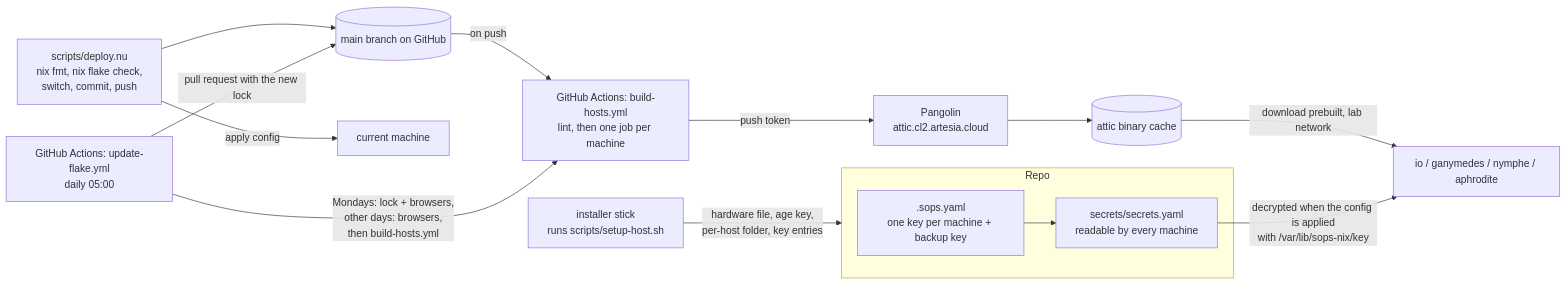
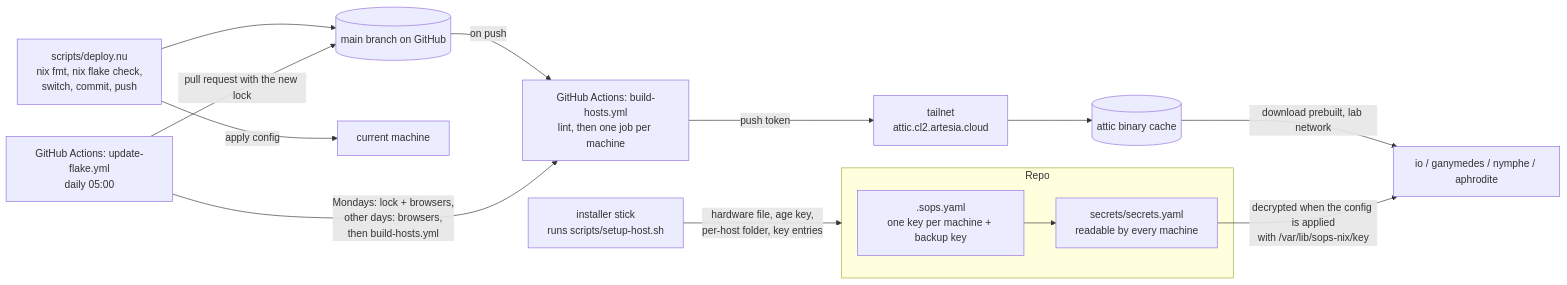
Before and after one commit to 68656c6c/celestial: the second of 2 diagrams in docs/structure.md, drawn with Mermaid. The commit also changed other lines of this file and 3 other files, not shown here.

Commit message:
ci: runner reaches attic over the tailnet instead of pangolin, hosts built in parallel again

````diff
--- a/docs/structure.md
+++ b/docs/structure.md
@@ -97,22 +97,22 @@
 ```mermaid
 flowchart LR
     subgraph repo["Repo"]
         sopscfg[".sops.yaml<br/>one key per machine + backup key"]
         secrets["secrets/secrets.yaml<br/>readable by every machine"]
         sopscfg --> secrets
     end
 
     setup["installer stick<br/>runs scripts/setup-host.sh"] -->|"hardware file, age key,<br/>per-host folder, key entries"| repo
 
     deploy["scripts/deploy.nu<br/>nix fmt, nix flake check,<br/>switch, commit, push"] --> main[("main branch on GitHub")]
     deploy -->|"apply config"| local["current machine"]
 
     main -->|"on push"| ci["GitHub Actions: build-hosts.yml<br/>lint, then one job per machine"]
-    ci -->|"push token"| pangolin["Pangolin<br/>attic.cl2.artesia.cloud"]
+    ci -->|"push token"| pangolin["tailnet<br/>attic.cl2.artesia.cloud"]
     pangolin --> attic[("attic binary cache")]
     upd["GitHub Actions: update-flake.yml<br/>daily 05:00"] -->|"Mondays: lock + browsers,<br/>other days: browsers,<br/>then build-hosts.yml"| ci
     upd -->|"pull request with the new lock"| main
 
     attic -->|"download prebuilt, lab network"| hostsbox["io / ganymedes / nymphe / aphrodite"]
     secrets -->|"decrypted when the config is applied<br/>with /var/lib/sops-nix/key"| hostsbox
 ```
````
